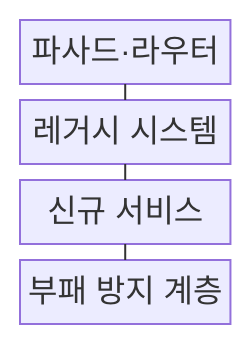
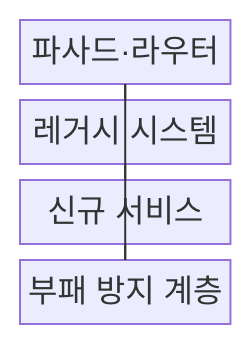
The first of 2 diagrams in src/content/docs/notes/03-software/219_strangler_fig_pattern.md (agnusdei1207/knowledge-base), drawn with Mermaid before and after one commit. The commit also changed other lines of this file and 20 other files, not shown here.

````diff
--- a/src/content/docs/notes/03-software/219_strangler_fig_pattern.md
+++ b/src/content/docs/notes/03-software/219_strangler_fig_pattern.md
@@ -52,11 +54,12 @@
 ```mermaid
 block-beta
     columns 1
     A["파사드·라우터"]
     B["레거시 시스템"]
     C["신규 서비스"]
     D["부패 방지 계층"]
     A --- B
-    B --- C
-    C --- D
+    A --- C
+    B --- D
+    D --- C
 ```
````
